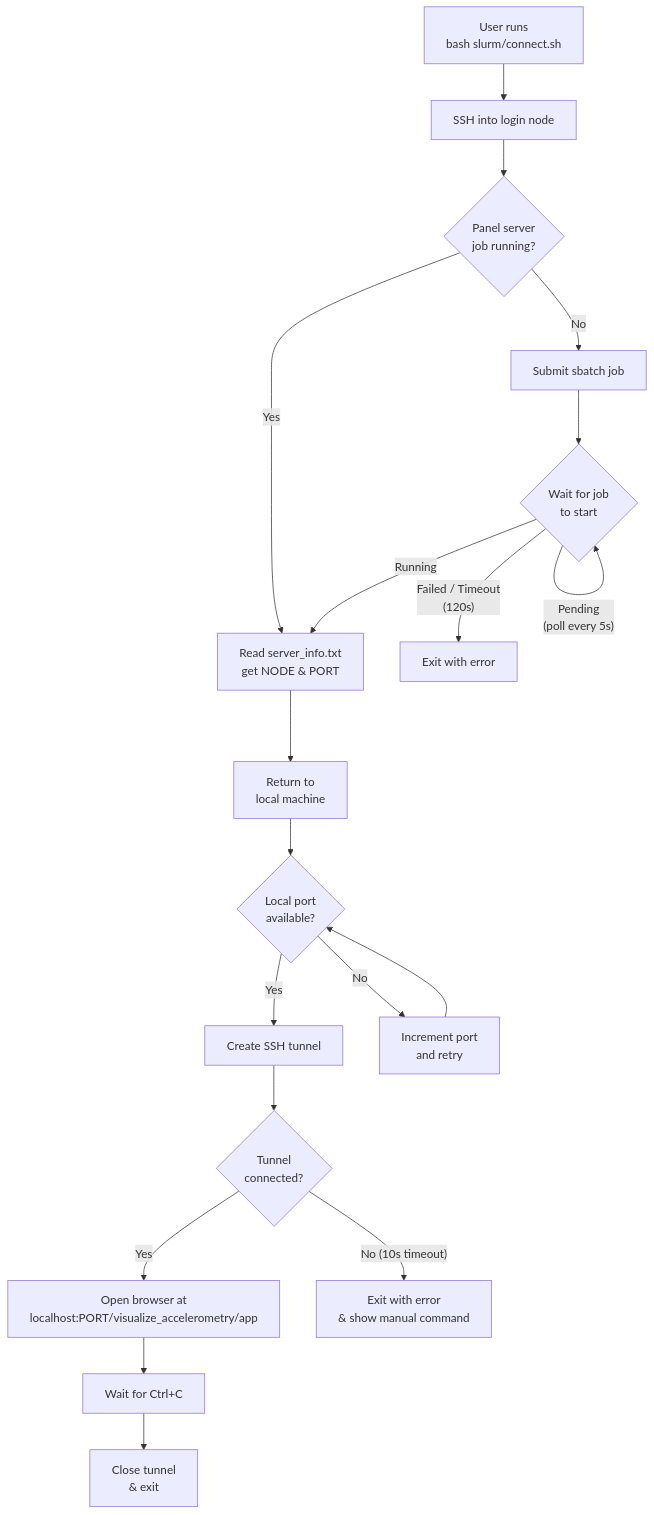
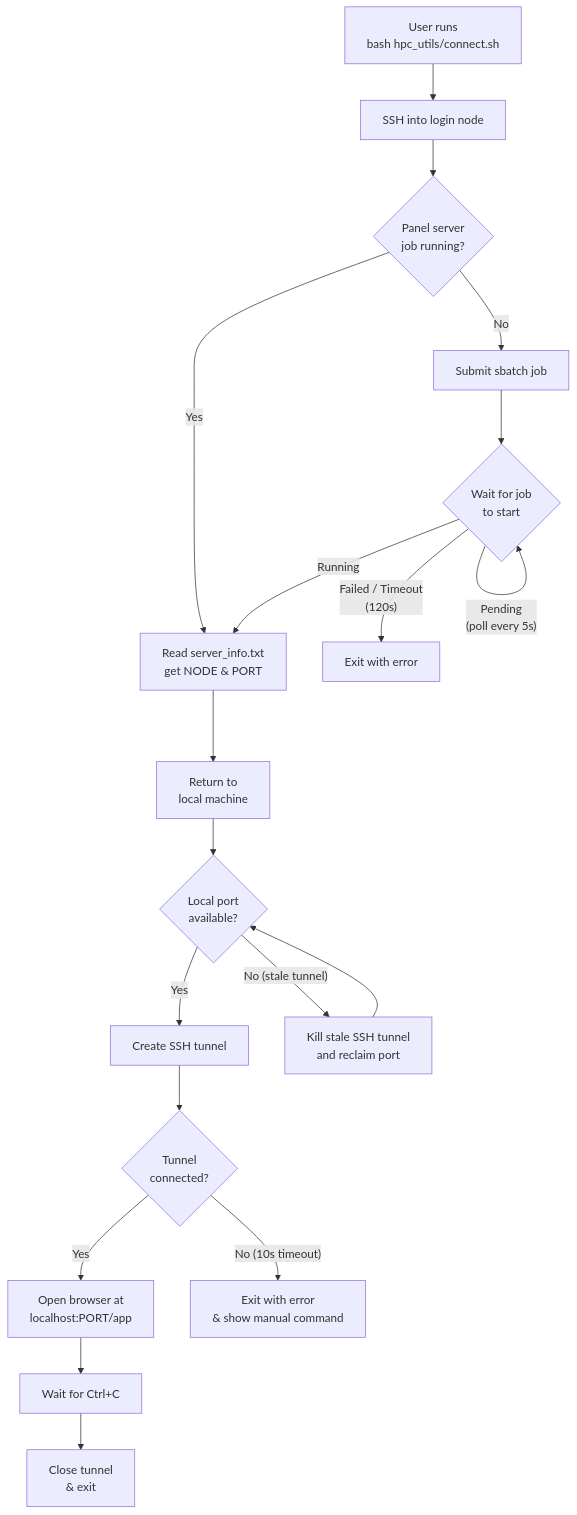
The second of 2 diagrams in docs/slurm-deployment.md (TavoloPerUno/py_visualize_accelerometry), drawn with Mermaid before and after one commit. The commit also changed other lines of this file and 11 other files, not shown here.

First line of the commit message:
feat: self-service Slurm deployment with auto job detection and SSH tunnel management

````diff
--- a/docs/slurm-deployment.md
+++ b/docs/slurm-deployment.md
@@ -45,21 +45,21 @@
 ```{mermaid}
 flowchart TD
-    A[User runs<br/>bash slurm/connect.sh] --> B[SSH into login node]
+    A[User runs<br/>bash hpc_utils/connect.sh] --> B[SSH into login node]
     B --> C{Panel server<br/>job running?}
     C -- Yes --> E[Read server_info.txt<br/>get NODE & PORT]
     C -- No --> D[Submit sbatch job]
     D --> F{Wait for job<br/>to start}
     F -- "Pending<br/>(poll every 5s)" --> F
     F -- Running --> E
     F -- "Failed / Timeout<br/>(120s)" --> ERR[Exit with error]
     E --> G[Return to<br/>local machine]
     G --> H{Local port<br/>available?}
     H -- Yes --> J[Create SSH tunnel]
-    H -- No --> I[Increment port<br/>and retry]
+    H -- "No (stale tunnel)" --> I[Kill stale SSH tunnel<br/>and reclaim port]
     I --> H
     J --> K{Tunnel<br/>connected?}
-    K -- Yes --> L["Open browser at<br/>localhost:PORT/visualize_accelerometry/app"]
+    K -- Yes --> L["Open browser at<br/>localhost:PORT/app"]
     K -- "No (10s timeout)" --> ERR2[Exit with error<br/>& show manual command]
     L --> M[Wait for Ctrl+C]
     M --> N[Close tunnel<br/>& exit]
 ```
````
